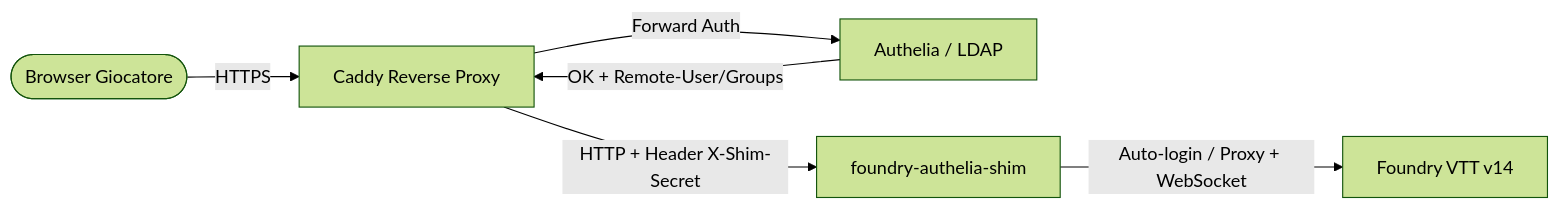
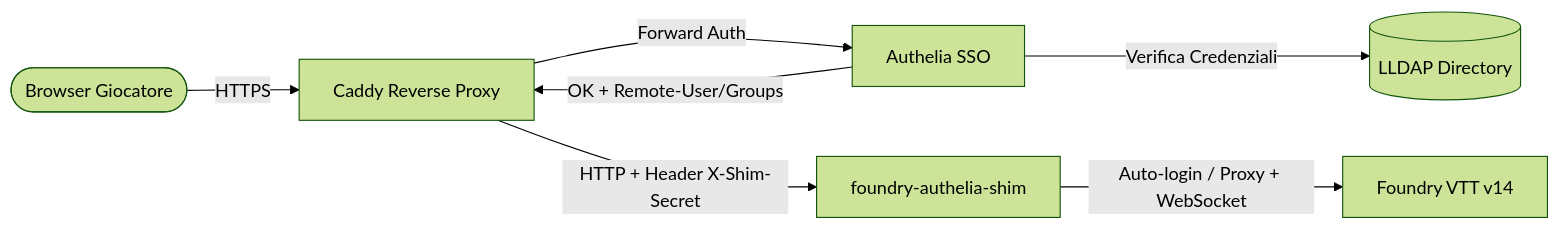
Before and after one commit to digennarot/foundry-authelia-shim: the diagram in README.md, drawn with Mermaid (forest theme). The commit also changed other lines of this file, not shown here.

Commit message:
docs: add detailed requirements, setup and config guides for LLDAP, Authelia, Caddy and Shim

````diff
--- a/README.md
+++ b/README.md
@@ -15,8 +15,9 @@
 ```mermaid
 flowchart LR
     Client([Browser Giocatore]) -->|HTTPS| Caddy[Caddy Reverse Proxy]
-    Caddy -->|Forward Auth| Authelia[Authelia / LDAP]
+    Caddy -->|Forward Auth| Authelia[Authelia SSO]
+    Authelia -->|Verifica Credenziali| LLDAP[(LLDAP Directory)]
     Authelia -->|OK + Remote-User/Groups| Caddy
     Caddy -->|HTTP + Header X-Shim-Secret| Shim[foundry-authelia-shim]
     Shim -->|Auto-login / Proxy + WebSocket| Foundry[Foundry VTT v14]
 ```
````
